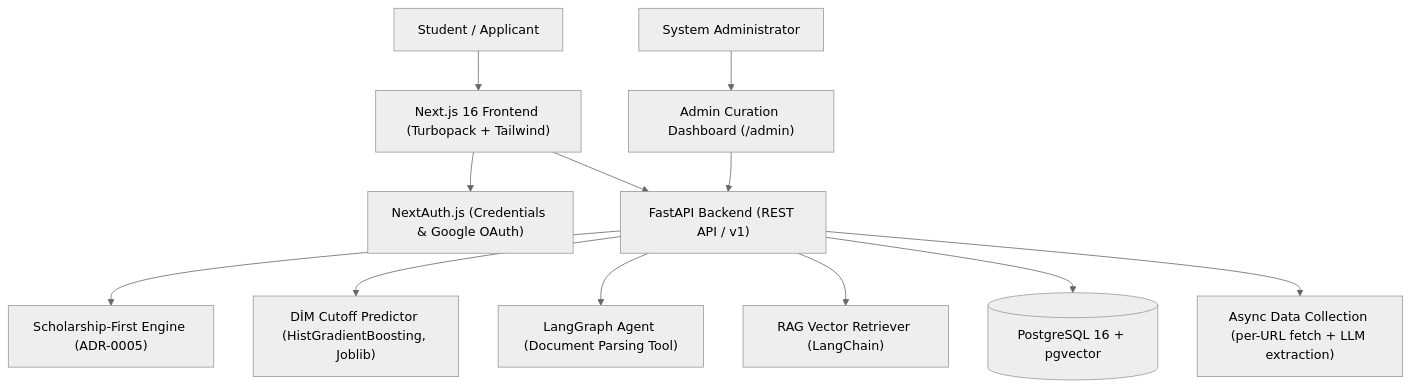
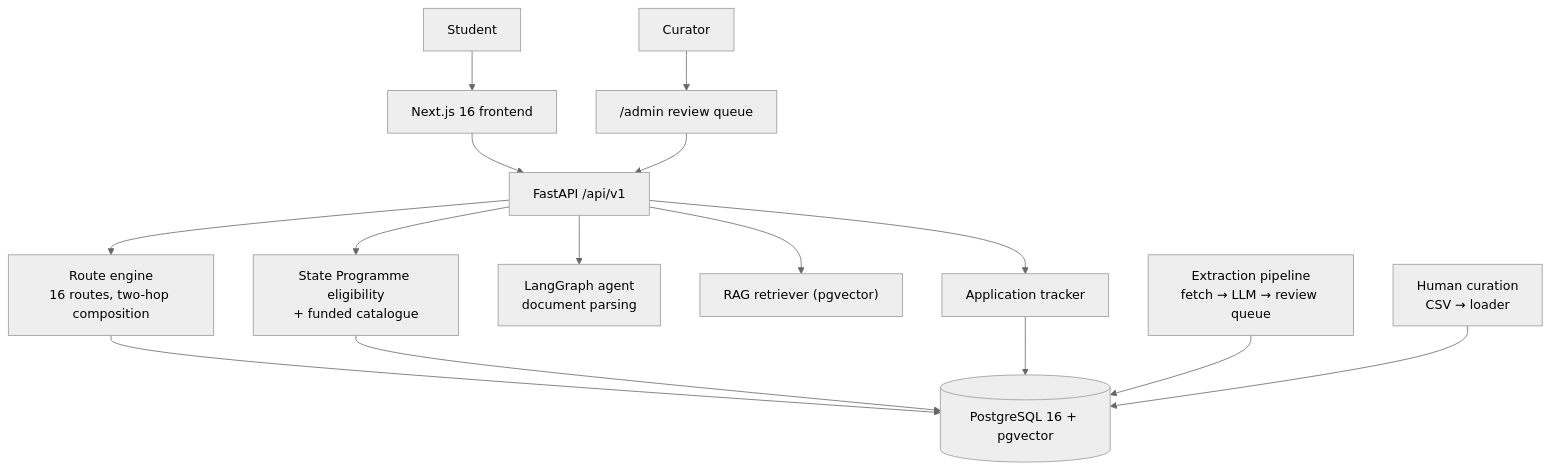
One commit to Ali0lo/AUSA-app changed the diagram in README.md. Above: the diagram before and after it, drawn with Mermaid (neutral theme). The commit also changed other lines of this file and 5 other files, not shown here.

````diff
--- a/README.md
+++ b/README.md
@@ -31,17 +86,21 @@
 ```mermaid
 graph TD
-    User["Student / Applicant"] --> Frontend["Next.js 16 Frontend (Turbopack + Tailwind)"]
-    Admin["System Administrator"] --> AdminDash["Admin Curation Dashboard (/admin)"]
-    
-    Frontend --> Auth["NextAuth.js (Credentials & Google OAuth)"]
-    Frontend --> API["FastAPI Backend (REST API / v1)"]
-    AdminDash --> API
-    
-    API --> Scoring["Scholarship-First Engine (ADR-0005)"]
-    API --> ML["DİM Cutoff Predictor (HistGradientBoosting, Joblib)"]
-    API --> Agent["LangGraph Agent (Document Parsing Tool)"]
-    API --> RAG["RAG Vector Retriever (LangChain)"]
-    
-    API --> DB[(PostgreSQL 16 + pgvector)]
-    API --> Pipeline["Async Data Collection (per-URL fetch + LLM extraction)"]
+    Student["Student"] --> FE["Next.js 16 frontend"]
+    Admin["Curator"] --> AdminUI["/admin review queue"]
+
+    FE --> API["FastAPI /api/v1"]
+    AdminUI --> API
+
+    API --> RE["Route engine<br/>16 routes, two-hop composition"]
+    API --> DP["State Programme eligibility<br/>+ funded catalogue"]
+    API --> Agent["LangGraph agent<br/>document parsing"]
+    API --> RAG["RAG retriever (pgvector)"]
+    API --> Track["Application tracker"]
+
+    RE --> DB[(PostgreSQL 16 + pgvector)]
+    DP --> DB
+    Track --> DB
+
+    Pipe["Extraction pipeline<br/>fetch → LLM → review queue"] --> DB
+    Curate["Human curation<br/>CSV → loader"] --> DB
 ```
````
